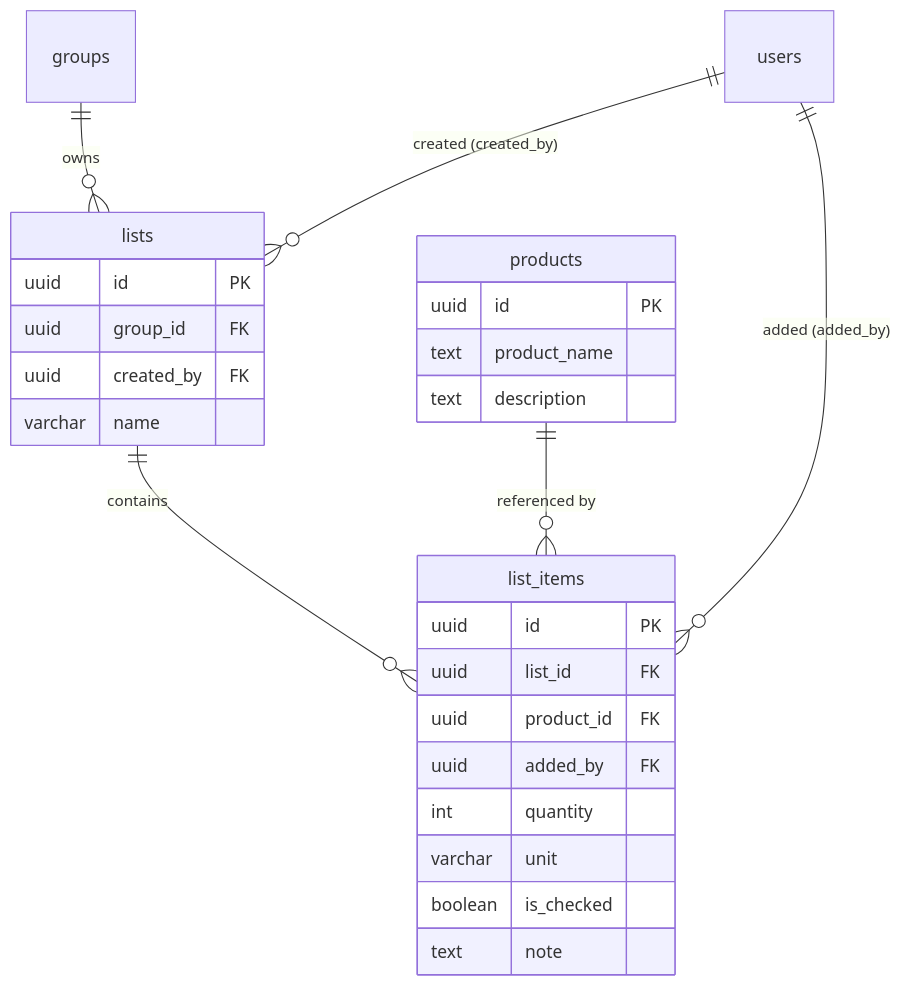
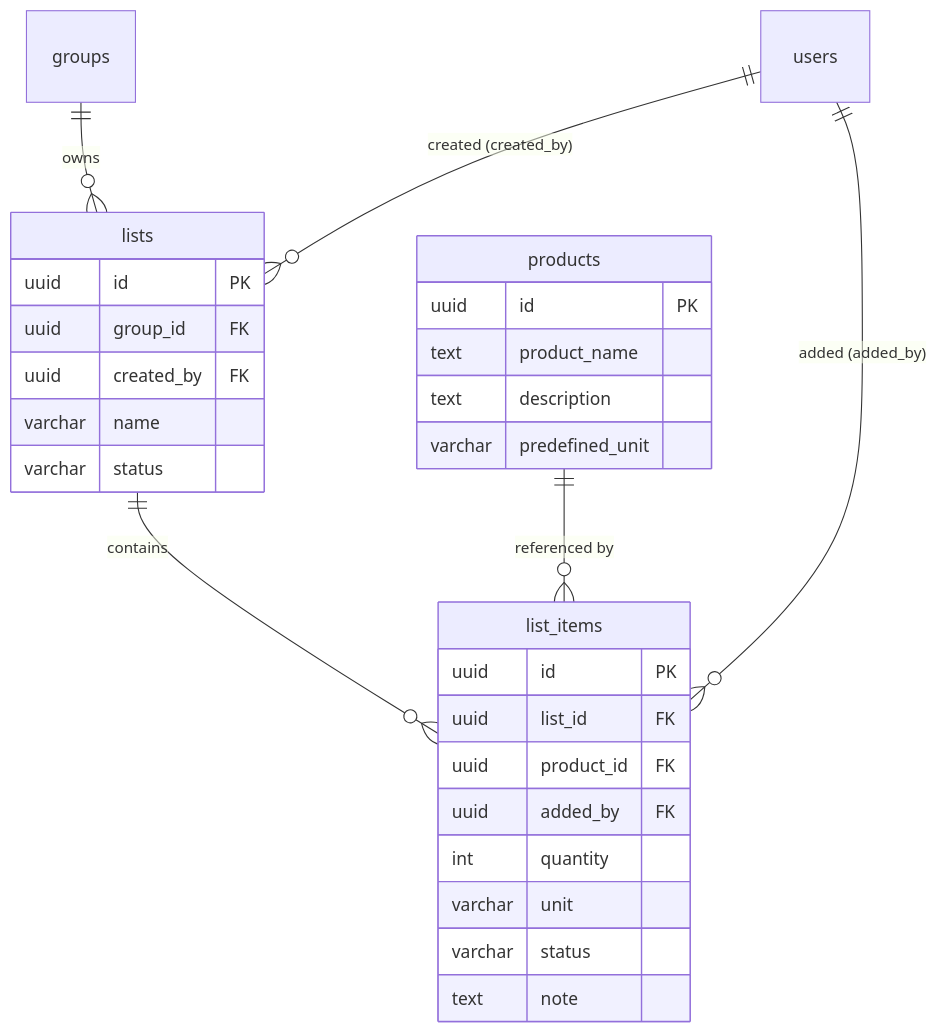
The second of 2 diagrams in docs/current-state.md (Klynger/sl-api), drawn with Mermaid before and after one commit. The commit also changed other lines of this file, not shown here.

````diff
--- a/docs/current-state.md
+++ b/docs/current-state.md
@@ -108,32 +108,34 @@
 ```mermaid
 erDiagram
     groups ||--o{ lists : "owns"
     lists ||--o{ list_items : "contains"
     products ||--o{ list_items : "referenced by"
     users ||--o{ lists : "created (created_by)"
     users ||--o{ list_items : "added (added_by)"
 
     lists {
         uuid id PK
         uuid group_id FK
         uuid created_by FK
         varchar name
+        varchar status
     }
 
     list_items {
         uuid id PK
         uuid list_id FK
         uuid product_id FK
         uuid added_by FK
         int quantity
         varchar unit
-        boolean is_checked
+        varchar status
         text note
     }
 
     products {
         uuid id PK
         text product_name
         text description
+        varchar predefined_unit
     }
 ```
````
